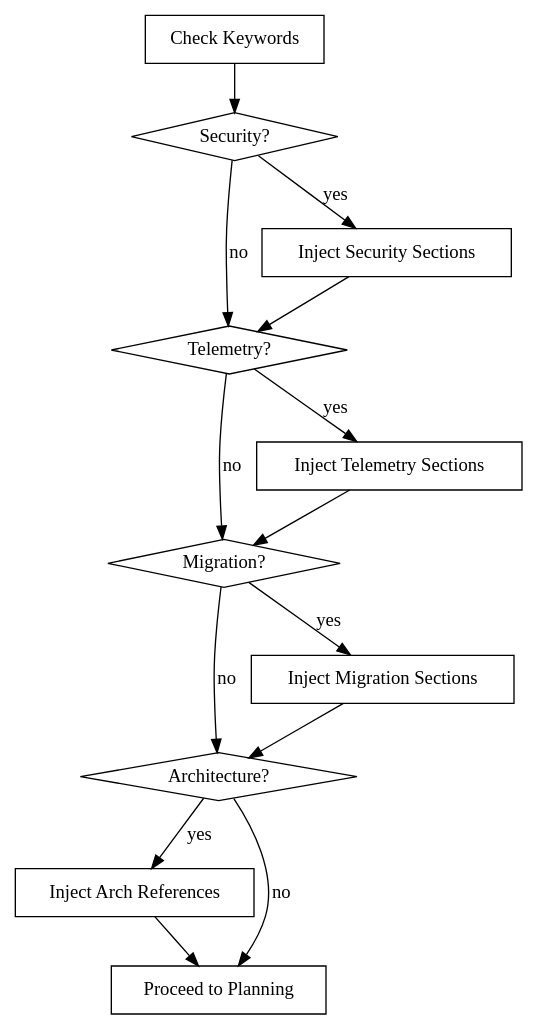
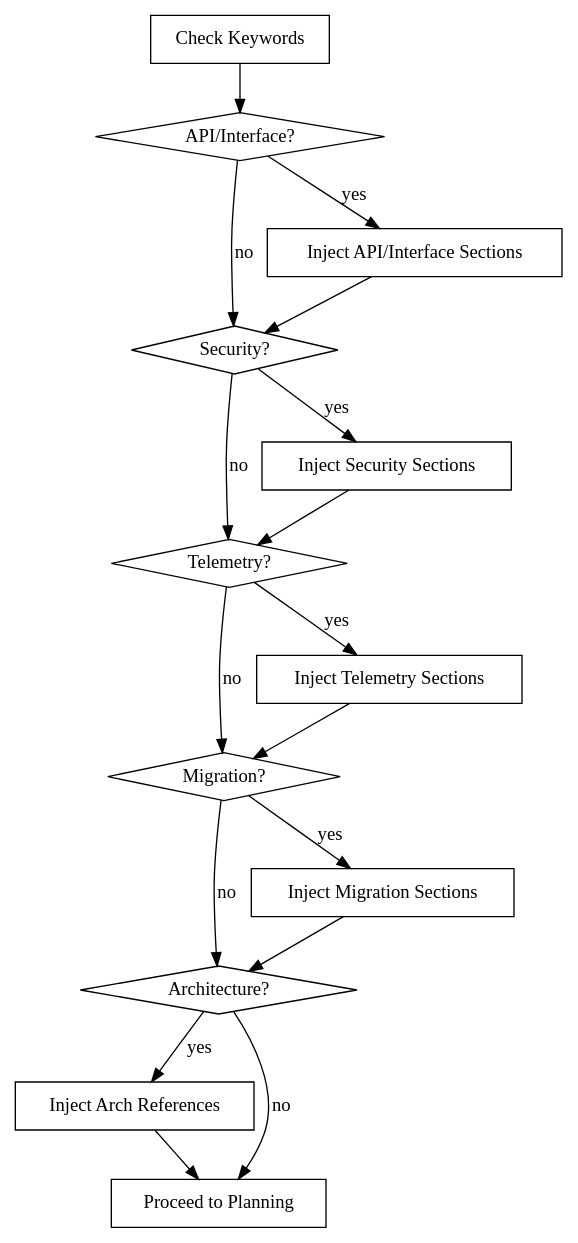
Before and after one commit to isaackolamide/sdd-harness: the second of 2 diagrams in skills/sdd-plan-feature/SKILL.md, drawn with Graphviz. The commit also changed other lines of this file and 2 other files, not shown here.

Commit message:
Update SDD workflow skills and plugin config

````diff
--- a/skills/sdd-plan-feature/SKILL.md
+++ b/skills/sdd-plan-feature/SKILL.md
@@ -64,28 +65,33 @@
 ```dot
 digraph conditional_classification {
     "Check Keywords" [shape=box];
+    "API/Interface?" [shape=diamond];
     "Security?" [shape=diamond];
     "Telemetry?" [shape=diamond];
     "Migration?" [shape=diamond];
     "Architecture?" [shape=diamond];
+    "Inject API/Interface Sections" [shape=box];
     "Inject Security Sections" [shape=box];
     "Inject Telemetry Sections" [shape=box];
     "Inject Migration Sections" [shape=box];
     "Inject Arch References" [shape=box];
     "Proceed to Planning" [shape=box];
 
-    "Check Keywords" -> "Security?";
+    "Check Keywords" -> "API/Interface?";
+    "API/Interface?" -> "Inject API/Interface Sections" [label="yes"];
+    "API/Interface?" -> "Security?" [label="no"];
+    "Inject API/Interface Sections" -> "Security?";
     "Security?" -> "Inject Security Sections" [label="yes"];
     "Security?" -> "Telemetry?" [label="no"];
     "Inject Security Sections" -> "Telemetry?";
     "Telemetry?" -> "Inject Telemetry Sections" [label="yes"];
     "Telemetry?" -> "Migration?" [label="no"];
     "Inject Telemetry Sections" -> "Migration?";
     "Migration?" -> "Inject Migration Sections" [label="yes"];
     "Migration?" -> "Architecture?" [label="no"];
     "Inject Migration Sections" -> "Architecture?";
     "Architecture?" -> "Inject Arch References" [label="yes"];
     "Architecture?" -> "Proceed to Planning" [label="no"];
     "Inject Arch References" -> "Proceed to Planning";
 }
 ```
````
